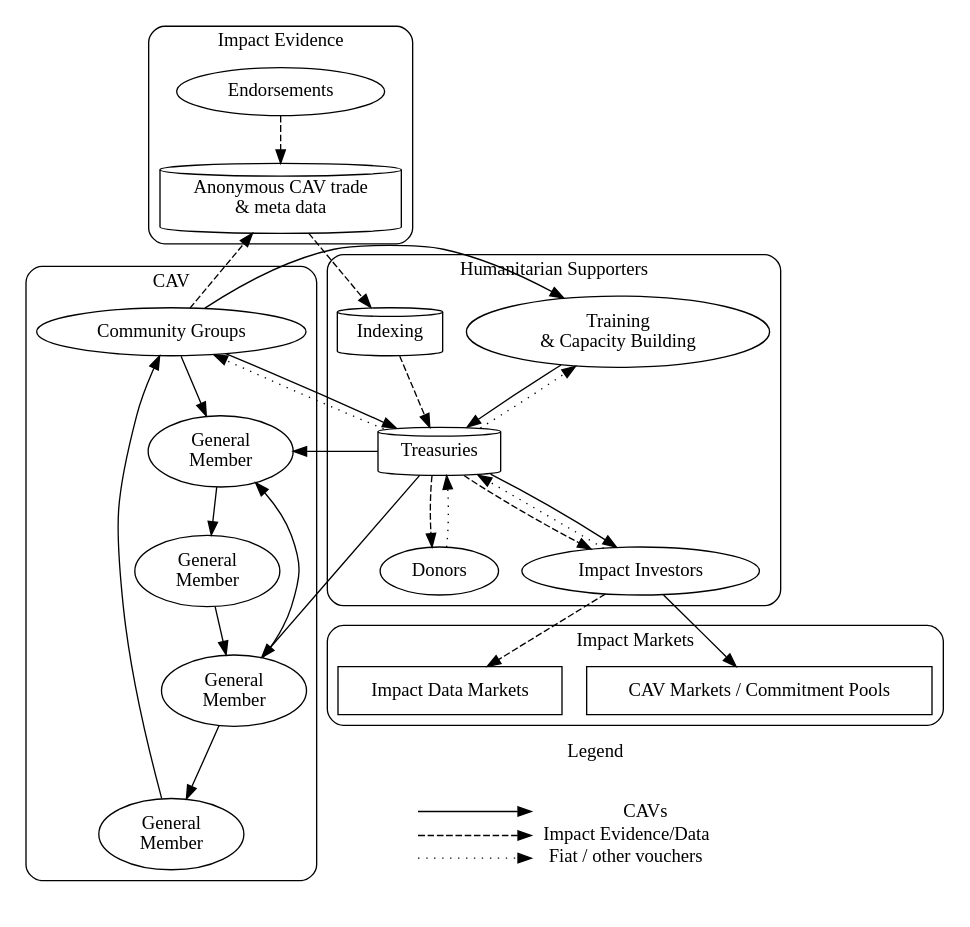
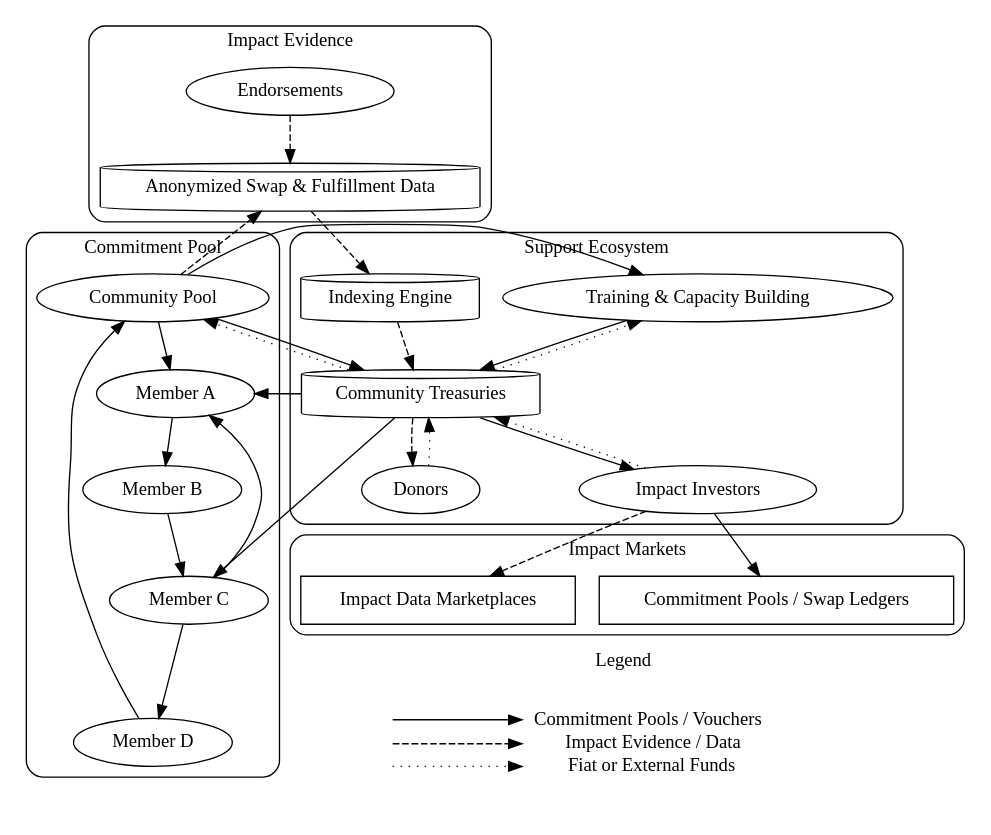
Before and after one commit to grassrootseconomics/docs.grassecon.org: the diagram in docs/ops/support.md, drawn with Graphviz. The commit also changed other lines of this file, not shown here.

````diff
--- a/docs/ops/support.md
+++ b/docs/ops/support.md
@@ -13,82 +30,63 @@
-```graphviz dot hum_dev.svg
+```graphviz
 digraph D {
   rankdir=TB;
+
   subgraph cluster_v_1 {
+    label = "Commitment Pool";
+    style="rounded"
 
-    label = "CAV";
-     style="rounded"
-
-
-	chama [label= "Community Groups"]
-        nd_1a   [label = "General\nMember", href="https://docs.grassecon.org/commons/"];
-        nd_2a   [label = "General\nMember"];
-        nd_3a   [label = "General\nMember"];
-        nd_4a   [label = "General\nMember"];
-        chama -> nd_1a -> nd_2a -> nd_3a -> nd_4a -> chama
-	nd_3a -> nd_1a
-
+    chama [label= "Community Pool"]
+    nd_1a   [label = "Member A", href="https://docs.grassecon.org/commons/"];
+    nd_2a   [label = "Member B"];
+    nd_3a   [label = "Member C"];
+    nd_4a   [label = "Member D"];
+    chama -> nd_1a -> nd_2a -> nd_3a -> nd_4a -> chama
+    nd_3a -> nd_1a
   }
 
   subgraph cluster_data_2 {
-
     label = "Impact Evidence";
-     style="rounded"
-
-
-	endo [label= "Endorsements"]
-	datam [label= "Anonymous CAV trade \n& meta data" , shape = cylinder]
-
-
+    style="rounded"
+    endo [label= "Endorsements"]
+    datam [label= "Anonymized Swap & Fulfillment Data", shape = cylinder]
   }
 
   subgraph cluster_market_5 {
-     rank=tb;
-     label = "Impact Markets";
-     style="rounded"
-	cucm [label= "CAV Markets / Commitment Pools", shape = box]
-	nftm [label= "Impact Data Markets", shape = box]
-
+    label = "Impact Markets";
+    style="rounded"
+    cucm [label= "Commitment Pools / Swap Ledgers", shape = box]
+    nftm [label= "Impact Data Marketplaces", shape = box]
   }
 
-
   subgraph cluster_index_3 {
-
-    label = "Humanitarian Supporters";
-     style="rounded"
-
-
-	training [label= "Training \n& Capacity Building"]
-	indexer [label= "Indexing", shape = cylinder]
-	treasuries [label= "Treasuries", shape = cylinder]
-	donors [label= "Donors"]
-	impacti [label= "Impact Investors"]
-
+    label = "Support Ecosystem";
+    style="rounded"
+    training [label= "Training & Capacity Building"]
+    indexer [label= "Indexing Engine", shape = cylinder]
+    treasuries [label= "Community Treasuries", shape = cylinder]
+    donors [label= "Donors"]
+    impacti [label= "Impact Investors"]
   }
 
   chama -> treasuries
-  treasuries->chama [style = dotted];
-  treasuries->training [style = dotted];
-  donors -> treasuries [style = dotted];
-  impacti -> treasuries [style = dotted, constraint=false];
-  impacti -> nftm [style = dashed, constraint=false];
+  treasuries -> chama [style = dotted]
+  treasuries -> training [style = dotted]
+  donors -> treasuries [style = dotted]
+  impacti -> treasuries [style = dotted, constraint=false]
+  impacti -> nftm [style = dashed, constraint=false]
   impacti -> cucm
-    treasuries -> donors [style = dashed];
-  treasuries -> impacti [style = dashed];
+  treasuries -> donors [style = dashed]
   treasuries -> impacti
+  chama -> datam [ style = dashed ]
+  endo -> datam [ style = dashed ]
+  datam -> indexer [ style = dashed ]
+  indexer -> treasuries [ style = dashed ]
+  chama -> training
+  training -> treasuries
+  treasuries -> nd_1a
+  treasuries -> nd_3a
 
-  chama -> datam [ style = dashed    ];
-
-  endo -> datam [ style = dashed    ];
-  datam -> indexer [ style = dashed    ];
-  indexer -> treasuries [ style = dashed    ];
-
-  chama -> training;
-  training -> treasuries
-  treasuries  -> nd_1a
-  treasuries  -> nd_3a
-
-
-subgraph cluster_Legend_5 {
+  subgraph cluster_Legend_5 {
     rank = sink;
     peripheries=0;
     label = "Legend";
@@ -98,19 +96,18 @@
       <tr><td align="right" port="i1"> </td></tr>
       <tr><td align="right" port="i2"> </td></tr>
       <tr><td align="right" port="i3"> </td></tr>
-      </table>> ]
+    </table>> ]
     key2 [ label=<<table border="0" cellpadding="1" cellspacing="0" cellborder="0">
-      <tr><td align="left" port="i1"> </td><td>CAVs</td></tr>
-      <tr><td align="left" port="i2"> </td><td>Impact Evidence/Data</td></tr>
-      <tr><td align="left" port="i3"> </td><td>Fiat / other vouchers</td></tr>
-      </table>>]
+      <tr><td align="left" port="i1"> </td><td>Commitment Pools / Vouchers</td></tr>
+      <tr><td align="left" port="i2"> </td><td>Impact Evidence / Data</td></tr>
+      <tr><td align="left" port="i3"> </td><td>Fiat or External Funds</td></tr>
+    </table>>]
     key:i1 -> key2:i1
     key:i2 -> key2:i2 [ style=dashed ]
     key:i3 -> key2:i3 [ style=dotted ]
-   }
+  }
 
-   edge[ style = invis ];
-   {nd_3a nftm} -> key:i1;
-
+  edge[ style = invis ];
+  {nd_3a nftm} -> key:i1;
 }
 ```
````
